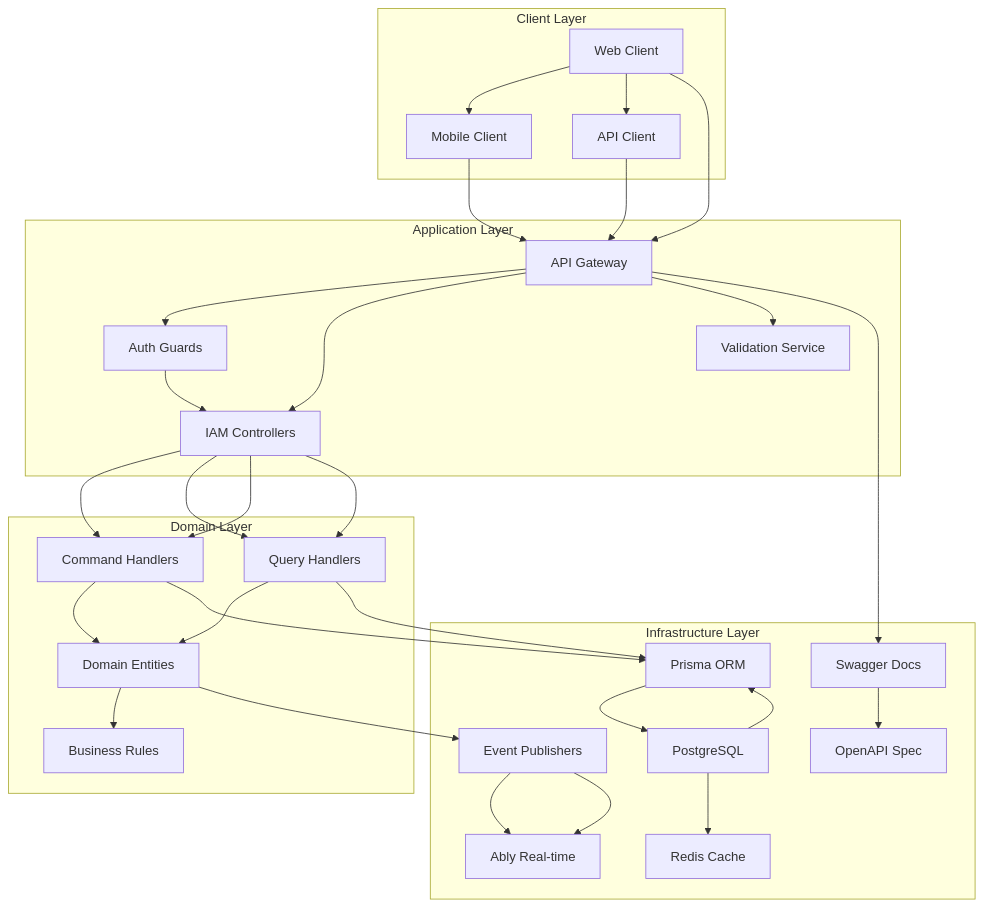
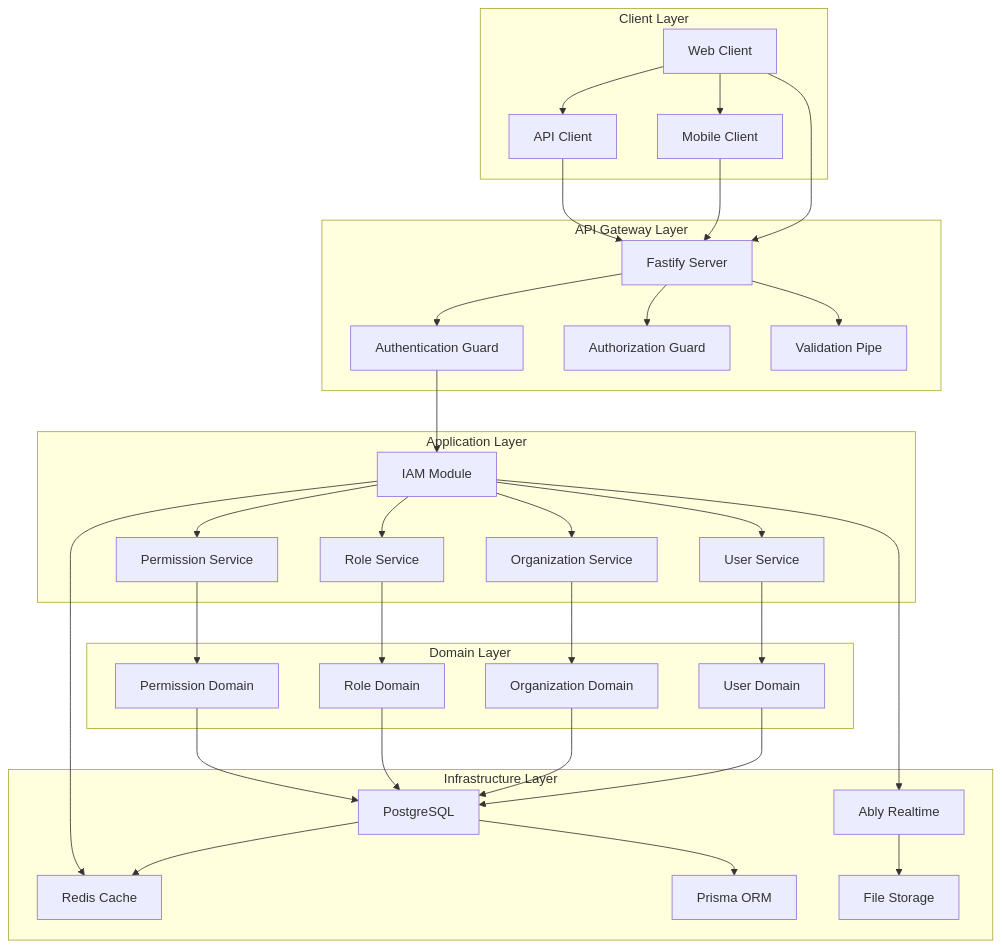
The first of 4 diagrams in docs/architecture/overview.md (locnguyen2k2/ddd-nest-template), drawn with Mermaid before and after one commit. The commit also changed other lines of this file and 5 other files, not shown here.

````diff
--- a/docs/architecture/overview.md
+++ b/docs/architecture/overview.md
@@ -33,41 +33,44 @@
 ```mermaid
 graph TB
     subgraph "Client Layer"
         A[Web Client] --> B[Mobile Client]
         A --> C[API Client]
     end
     
+    subgraph "API Gateway Layer"
+        D[Fastify Server] --> E[Authentication Guard]
+        D --> F[Authorization Guard]
+        D --> G[Validation Pipe]
+    end
+    
     subgraph "Application Layer"
-        D[API Gateway] --> E[Auth Guards]
-        D --> F[IAM Controllers]
-        D --> G[Validation Service]
+        H[IAM Module] --> I[User Service]
+        H --> J[Organization Service]
+        H --> K[Role Service]
+        H --> L[Permission Service]
     end
     
     subgraph "Domain Layer"
-        F --> H[Command Handlers]
-        F --> I[Query Handlers]
-        H --> J[Domain Entities]
-        I --> J
-        J --> K[Business Rules]
+        I --> M[User Domain]
+        J --> N[Organization Domain]
+        K --> O[Role Domain]
+        L --> P[Permission Domain]
     end
     
     subgraph "Infrastructure Layer"
-        L[PostgreSQL] --> M[Redis Cache]
-        L --> N[Prisma ORM]
-        O[Event Publishers] --> P[Ably Real-time]
-        Q[Swagger Docs] --> R[OpenAPI Spec]
+        Q[PostgreSQL] --> R[Redis Cache]
+        Q --> S[Prisma ORM]
+        T[Ably Realtime] --> U[File Storage]
     end
     
     A --> D
     B --> D
     C --> D
-    E --> F
-    F --> H
-    F --> I
-    H --> N
-    I --> N
-    N --> L
-    J --> O
-    O --> P
-    D --> Q
+    E --> H
+    M --> Q
+    N --> Q
+    O --> Q
+    P --> Q
+    H --> R
+    H --> T
 ```
````
